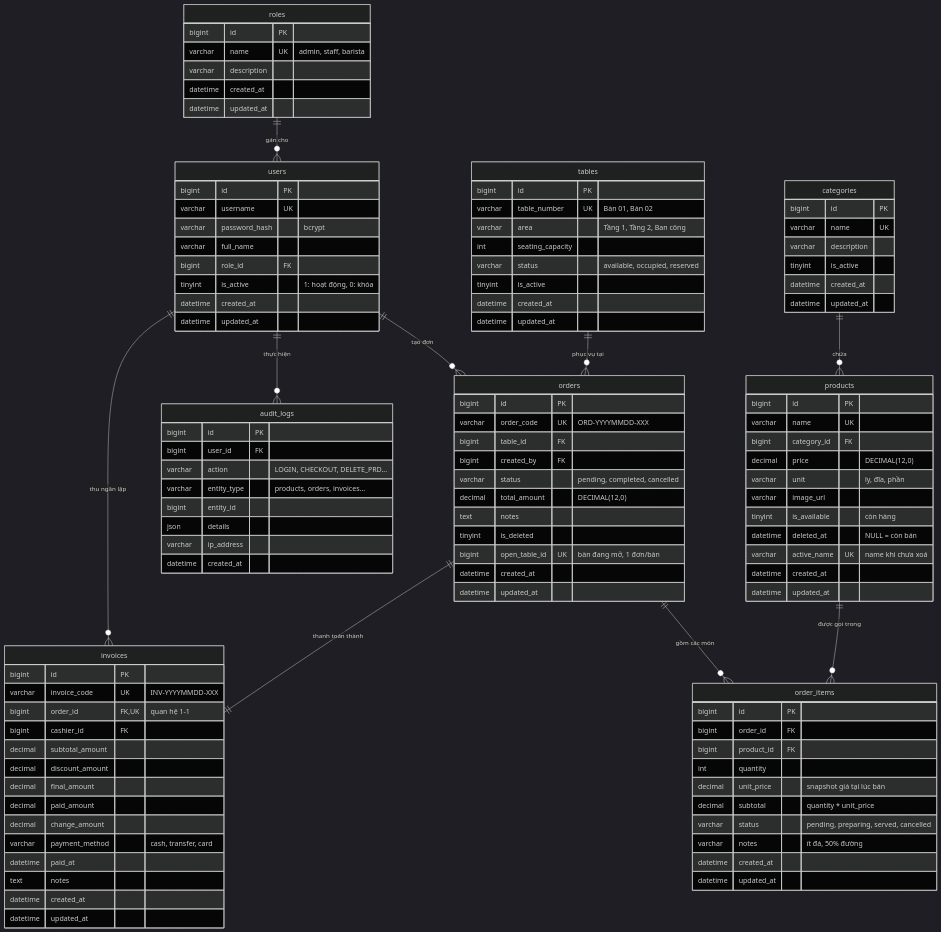
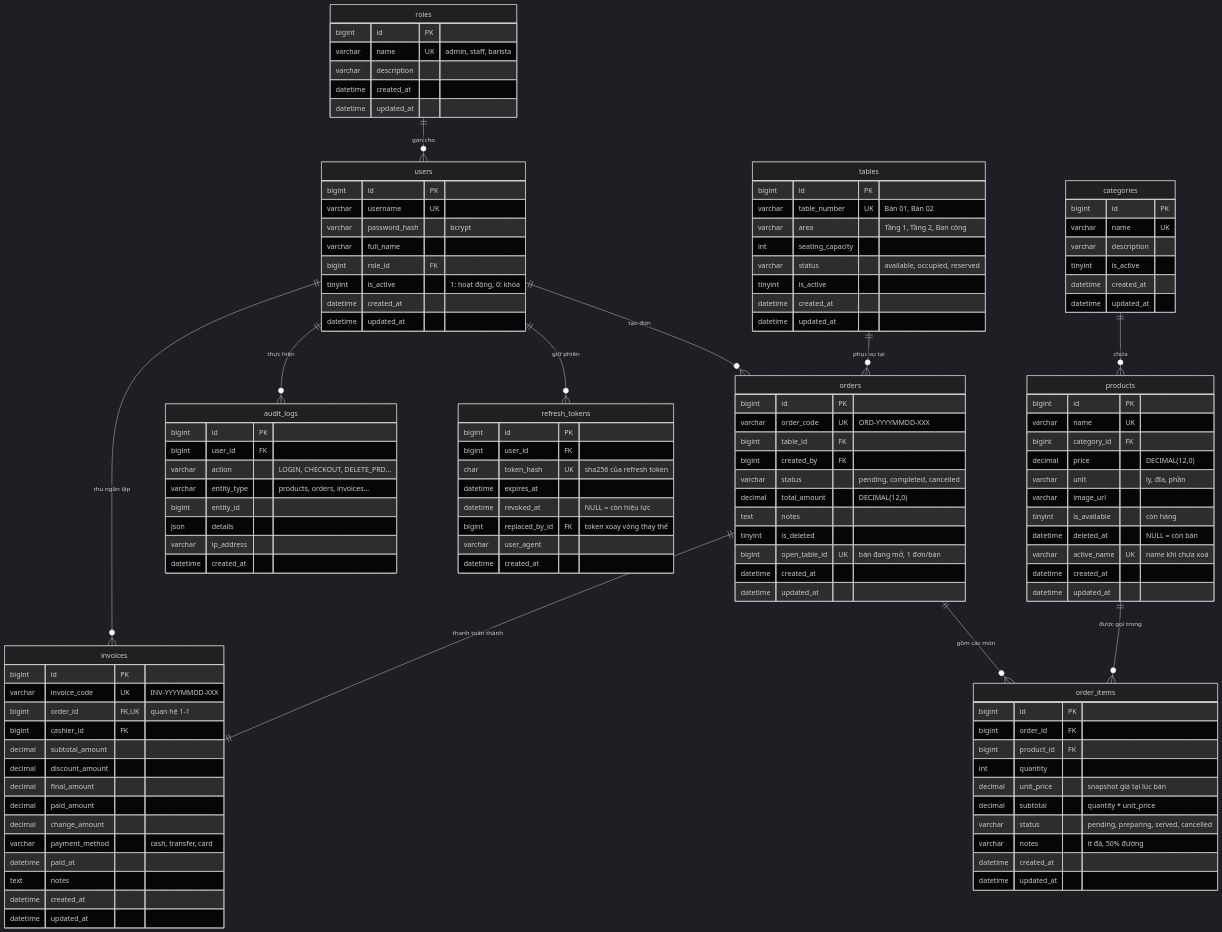
One commit to Haianh4705/cafe-tlu changed the diagram in docs/erd.md. Above: the diagram before and after it, drawn with Mermaid (dark theme). The commit also changed other lines of this file and 8 other files, not shown here.

First line of the commit message:
feat(db): thêm bảng refresh_tokens để logout thu hồi được token (ADR-013)

````diff
--- a/docs/erd.md
+++ b/docs/erd.md
@@ -55,6 +55,7 @@
     users ||--o{ orders : "tạo đơn"
     users ||--o{ invoices : "thu ngân lập"
     users ||--o{ audit_logs : "thực hiện"
+    users ||--o{ refresh_tokens : "giữ phiên"
 
     categories ||--o{ products : "chứa"
 
@@ -172,4 +173,15 @@
         varchar ip_address
         datetime created_at
     }
+
+    refresh_tokens {
+        bigint id PK
+        bigint user_id FK
+        char token_hash UK "sha256 của refresh token"
+        datetime expires_at
+        datetime revoked_at "NULL = còn hiệu lực"
+        bigint replaced_by_id FK "token xoay vòng thay thế"
+        varchar user_agent
+        datetime created_at
+    }
 ```
````
